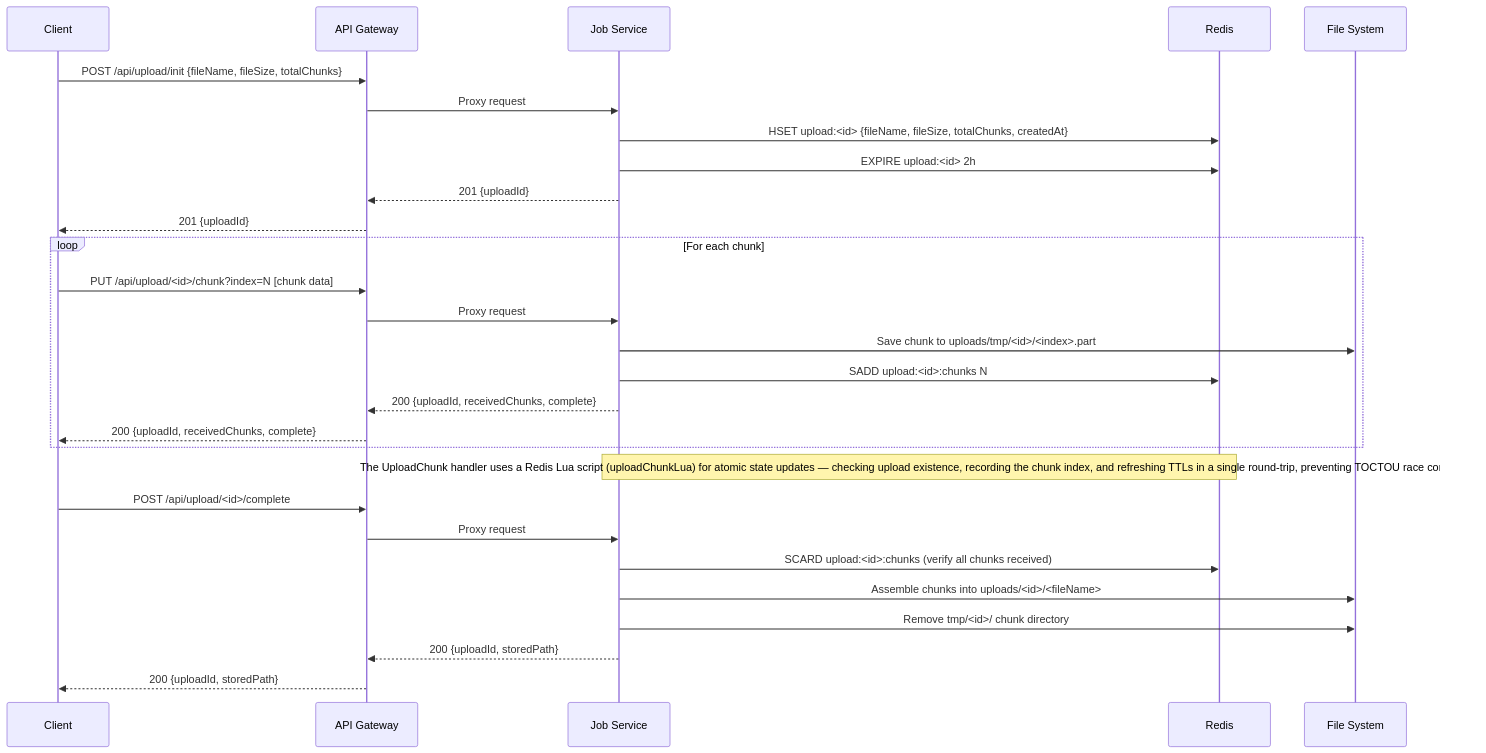
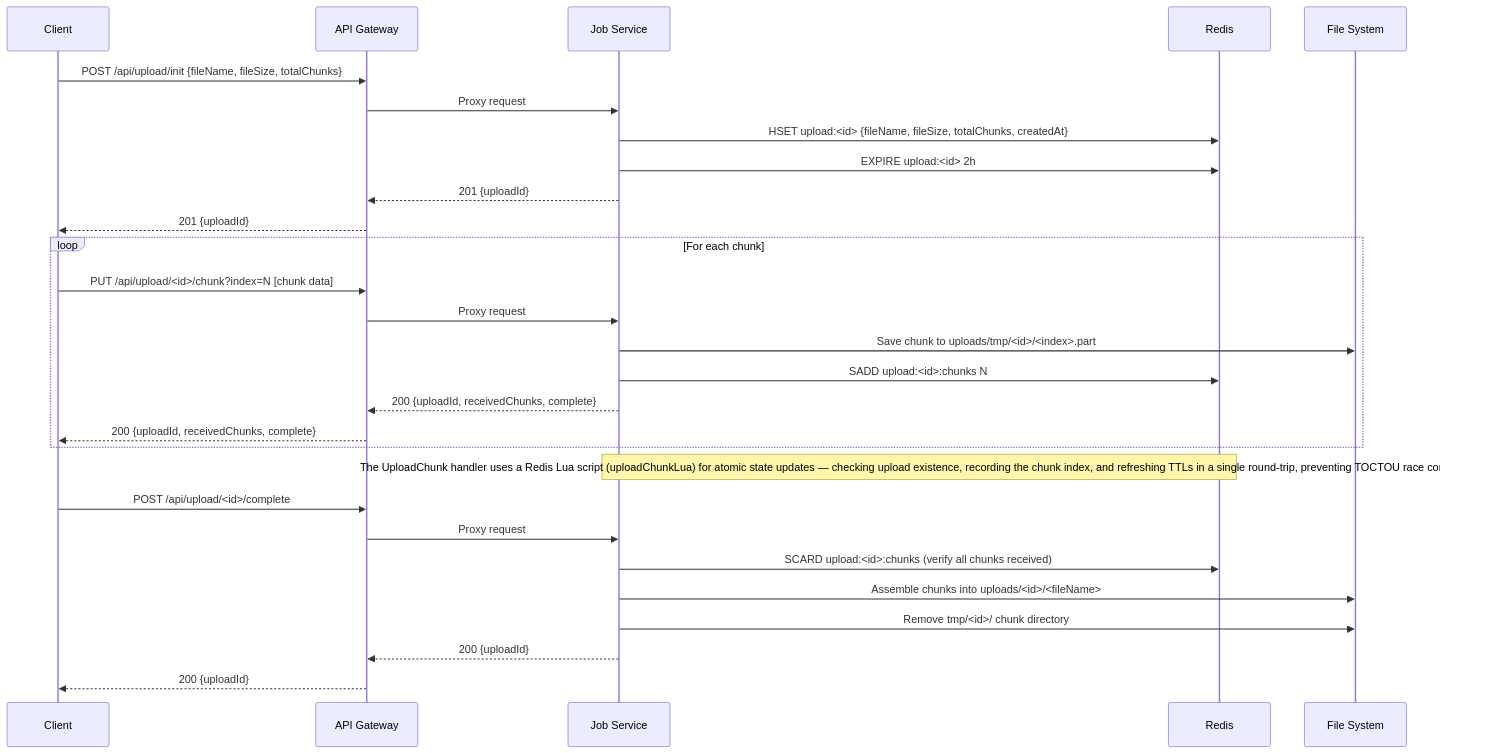
The first of 4 diagrams in docs/developer/services/JOB_SERVICE.md (Prachidubey2003/fyredocs_backend), drawn with Mermaid before and after one commit. The commit also changed other lines of this file and 39 other files, not shown here.

````diff
--- a/docs/developer/services/JOB_SERVICE.md
+++ b/docs/developer/services/JOB_SERVICE.md
@@ -249,34 +252,34 @@
 ```mermaid
 sequenceDiagram
     participant C as Client
     participant GW as API Gateway
     participant JS as Job Service
     participant R as Redis
     participant FS as File System
 
     C->>GW: POST /api/upload/init {fileName, fileSize, totalChunks}
     GW->>JS: Proxy request
     JS->>R: HSET upload:<id> {fileName, fileSize, totalChunks, createdAt}
     JS->>R: EXPIRE upload:<id> 2h
     JS-->>GW: 201 {uploadId}
     GW-->>C: 201 {uploadId}
 
     loop For each chunk
         C->>GW: PUT /api/upload/<id>/chunk?index=N [chunk data]
         GW->>JS: Proxy request
         JS->>FS: Save chunk to uploads/tmp/<id>/<index>.part
         JS->>R: SADD upload:<id>:chunks N
         JS-->>GW: 200 {uploadId, receivedChunks, complete}
         GW-->>C: 200 {uploadId, receivedChunks, complete}
     end
 
     Note over JS,R: The UploadChunk handler uses a Redis Lua script (uploadChunkLua) for atomic state updates — checking upload existence, recording the chunk index, and refreshing TTLs in a single round-trip, preventing TOCTOU race conditions.
 
     C->>GW: POST /api/upload/<id>/complete
     GW->>JS: Proxy request
     JS->>R: SCARD upload:<id>:chunks (verify all chunks received)
     JS->>FS: Assemble chunks into uploads/<id>/<fileName>
     JS->>FS: Remove tmp/<id>/ chunk directory
-    JS-->>GW: 200 {uploadId, storedPath}
-    GW-->>C: 200 {uploadId, storedPath}
+    JS-->>GW: 200 {uploadId}
+    GW-->>C: 200 {uploadId}
 ```
````
